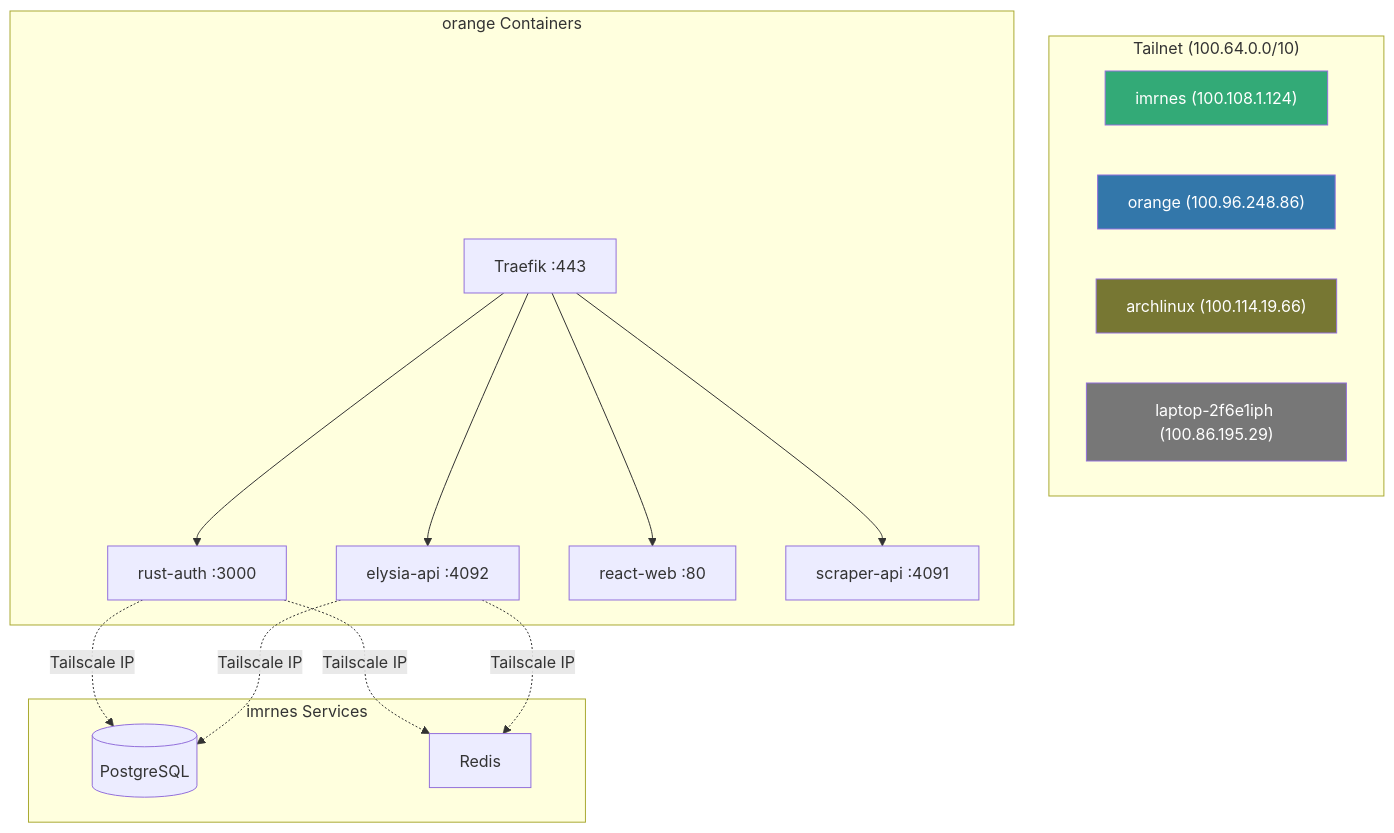
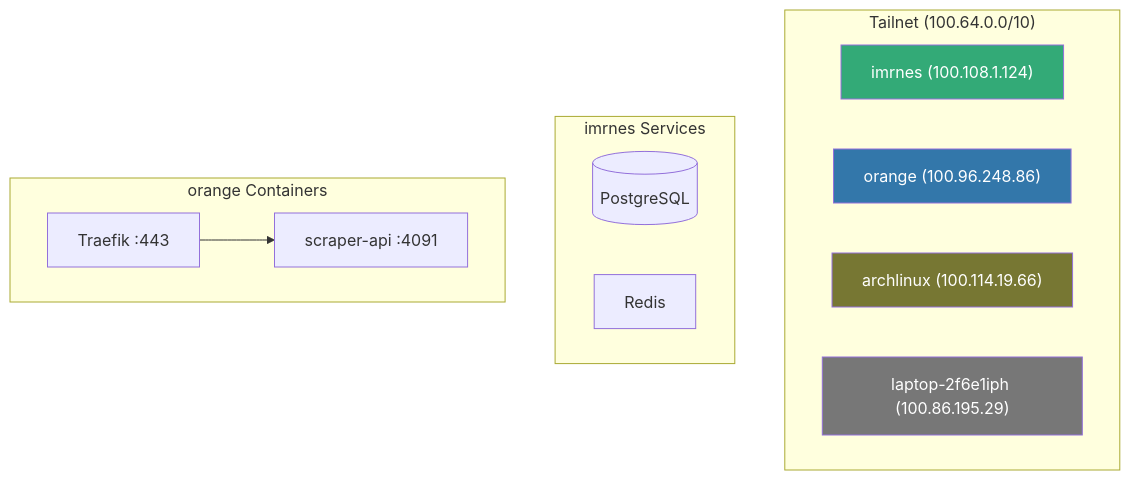
The first of 5 diagrams in ARCHITECTURE.md (asepharyana/asepharyana-hub), drawn with Mermaid before and after one commit. The commit also changed other lines of this file and 4 other files, not shown here.

Commit message:
refactor: update architecture and documentation for scraper service, remove deprecated services

````diff
--- a/ARCHITECTURE.md
+++ b/ARCHITECTURE.md
@@ -87,37 +87,26 @@
 ```mermaid
 graph TB
     subgraph "Tailnet (100.64.0.0/10)"
         IMRNES["imrnes (100.108.1.124)"]
         ORANGE["orange (100.96.248.86)"]
         ARCH["archlinux (100.114.19.66)"]
         LAPTOP["laptop-2f6e1iph (100.86.195.29)"]
     end
 
     subgraph "imrnes Services"
         PG[(PostgreSQL)]
         REDIS[Redis]
     end
 
     subgraph "orange Containers"
         TRAEFIK[Traefik :443]
-        RUST_AUTH[rust-auth :3000]
-        ELYSIA[elysia-api :4092]
-        REACT[react-web :80]
         SCRAPER[scraper-api :4091]
     end
 
-    TRAEFIK --> RUST_AUTH
-    TRAEFIK --> ELYSIA
-    TRAEFIK --> REACT
     TRAEFIK --> SCRAPER
-
-    RUST_AUTH -.->|Tailscale IP| PG
-    ELYSIA -.->|Tailscale IP| PG
-    RUST_AUTH -.->|Tailscale IP| REDIS
-    ELYSIA -.->|Tailscale IP| REDIS
 
     style IMRNES fill:#3a7,color:#fff
     style ORANGE fill:#37a,color:#fff
     style ARCH fill:#773,color:#fff
     style LAPTOP fill:#777,color:#fff
 ```
````
